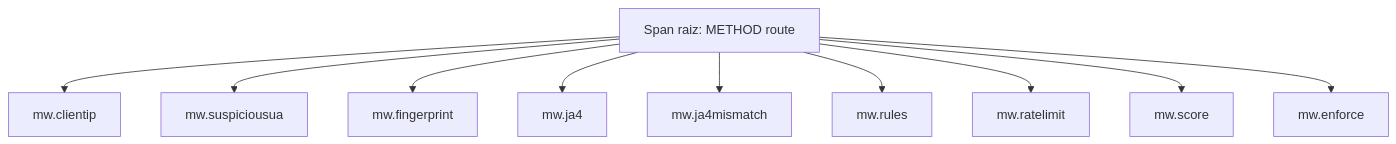
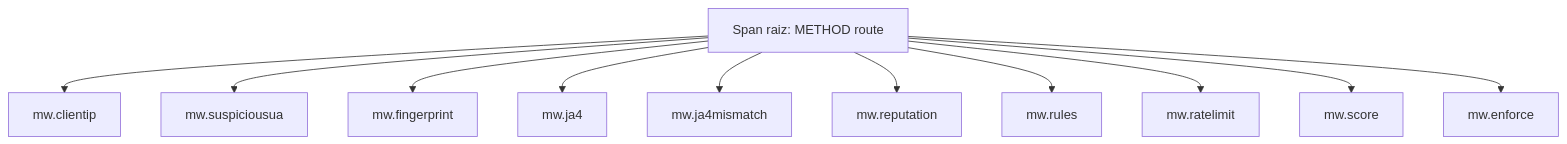
The eighth of 10 diagrams in README.md (fharias/guardian-scrapy), drawn with Mermaid before and after one commit. The commit also changed other lines of this file, not shown here.

Commit message:
Update README to include JA4 reputation management details

````diff
--- a/README.md
+++ b/README.md
@@ -271,13 +274,14 @@
 ```mermaid
 flowchart TD
   root["Span raiz: METHOD route"]
   root --> a[mw.clientip]
   root --> b[mw.suspiciousua]
   root --> c[mw.fingerprint]
   root --> d[mw.ja4]
   root --> e[mw.ja4mismatch]
+  root --> r[mw.reputation]
   root --> f[mw.rules]
   root --> g[mw.ratelimit]
   root --> h[mw.score]
   root --> i[mw.enforce]
 ```
````
